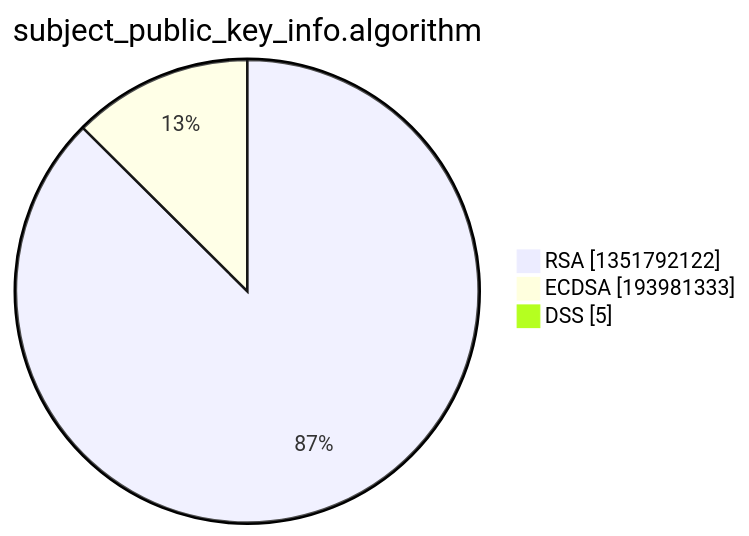
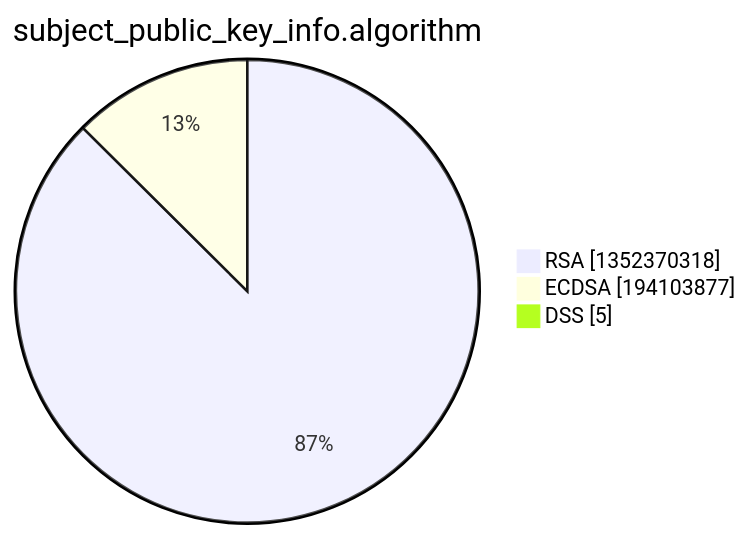
One commit to christiankrug/ctmonitor_visualization changed the third of 15 diagrams in xenon2022/README.md. Above: the diagram before and after it, drawn with Mermaid. The commit also changed other lines of this file, not shown here.

````diff
--- a/xenon2022/README.md
+++ b/xenon2022/README.md
@@ -14,7 +14,7 @@
 ```mermaid
 pie showData
 title subject_public_key_info.algorithm
-"RSA" :1351792122
-"ECDSA" :193981333
+"RSA" :1352370318
+"ECDSA" :194103877
 "DSS" :5
 ```
````
